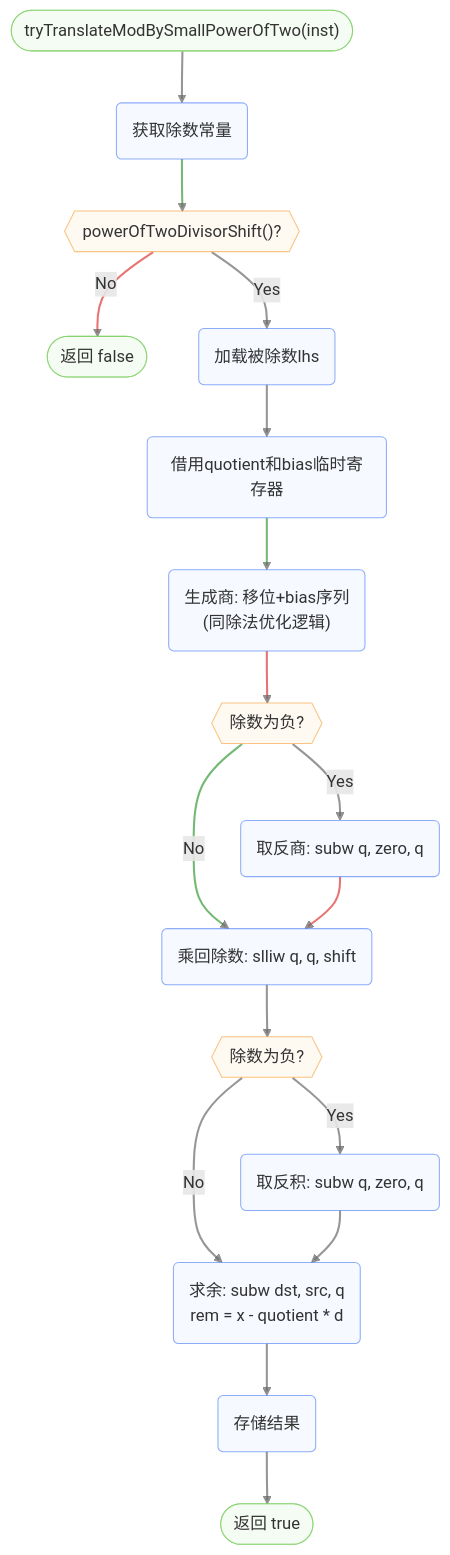
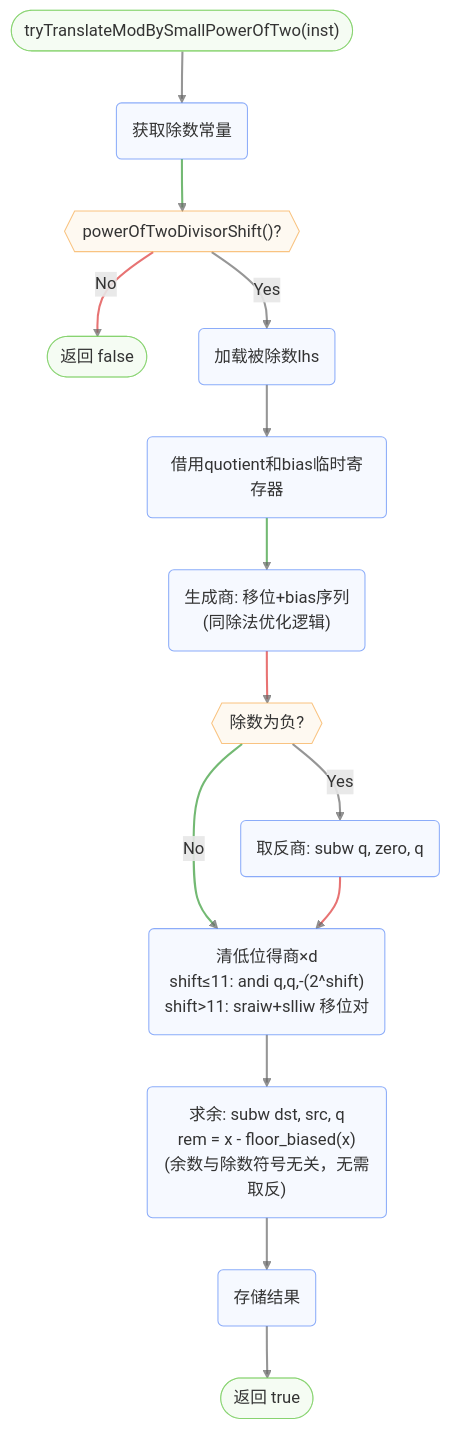
The fourth of 8 diagrams in docs/backend-const-div-opt.md (LLLLLLLLazy/compiler-lite), drawn with Mermaid before and after one commit. The commit also changed other lines of this file and 6 other files, not shown here.

````diff
--- a/docs/backend-const-div-opt.md
+++ b/docs/backend-const-div-opt.md
@@ -128,42 +135,39 @@
 ```mermaid
 flowchart TD
     Start(["tryTranslateModBySmallPowerOfTwo(inst)"]) --> GetConst("获取除数常量")
     GetConst --> Pow2Check{{"powerOfTwoDivisorShift()?"}}
     Pow2Check -- "No" --> Fail(["返回 false"])
 
     Pow2Check -- "Yes" --> LoadSrc("加载被除数lhs")
     LoadSrc --> BorrowTmp("借用quotient和bias临时寄存器")
 
     BorrowTmp --> GenQuotient("生成商: 移位+bias序列<br>(同除法优化逻辑)")
     GenQuotient --> NegDivCheck{{"除数为负?"}}
 
     NegDivCheck -- "Yes" --> NegQuotient("取反商: subw q, zero, q")
     NegDivCheck -- "No" --> GenProduct
-    NegQuotient --> GenProduct("乘回除数: slliw q, q, shift")
+    NegQuotient --> GenProduct("清低位得商×d<br>shift≤11: andi q,q,-(2^shift)<br>shift>11: sraiw+slliw 移位对")
 
-    GenProduct --> NegDivCheck2{{"除数为负?"}}
-    NegDivCheck2 -- "Yes" --> NegProduct("取反积: subw q, zero, q")
-    NegDivCheck2 -- "No" --> GenRem
-    NegProduct --> GenRem("求余: subw dst, src, q<br>rem = x - quotient * d")
+    GenProduct --> GenRem("求余: subw dst, src, q<br>rem = x - floor_biased(x)<br>(余数与除数符号无关，无需取反)")
 
     GenRem --> StoreResult("存储结果")
     StoreResult --> Success(["返回 true"])
 
     %%Node styles
     classDef default fill:#E2EAFE4F,stroke:#5A88F6AF
     classDef endNode fill:#DDF4D84F,stroke:#7DCF62AF
     classDef decisionNode fill:#FCEBD34f,stroke:#F6AA4BAF
 
     %%Link styles
     linkStyle default stroke:#666666AF,stroke-width:2px
     linkStyle 2 stroke:#DD3333AF,stroke-width:2px
     linkStyle 1 stroke:#339933AF,stroke-width:2px
     linkStyle 5 stroke:#339933AF,stroke-width:2px
     linkStyle 6 stroke:#DD3333AF,stroke-width:2px
     linkStyle 8 stroke:#339933AF,stroke-width:2px
     linkStyle 9 stroke:#DD3333AF,stroke-width:2px
 
     %%Node classes
     class Start,Success,Fail endNode
     class Pow2Check,NegDivCheck,NegDivCheck2 decisionNode
 ```
````
